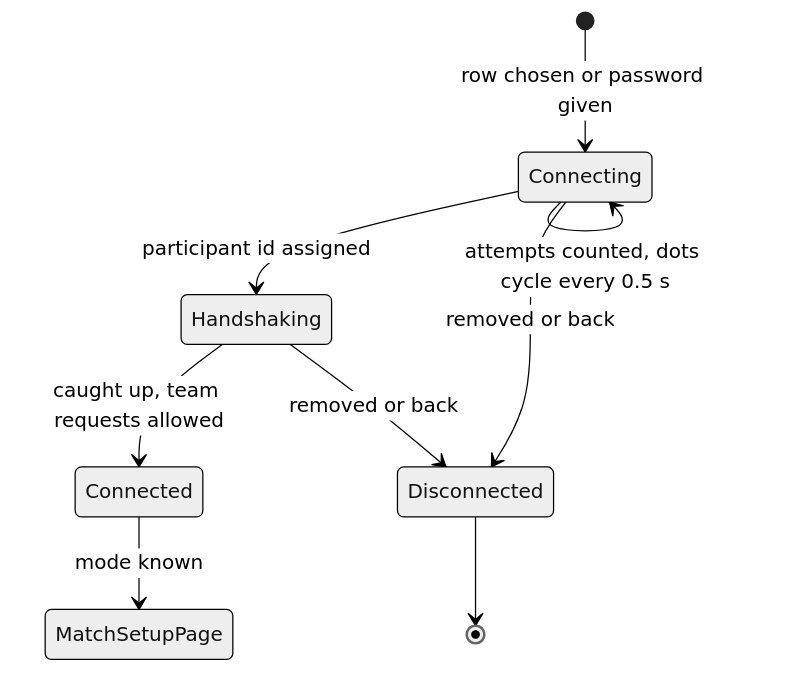
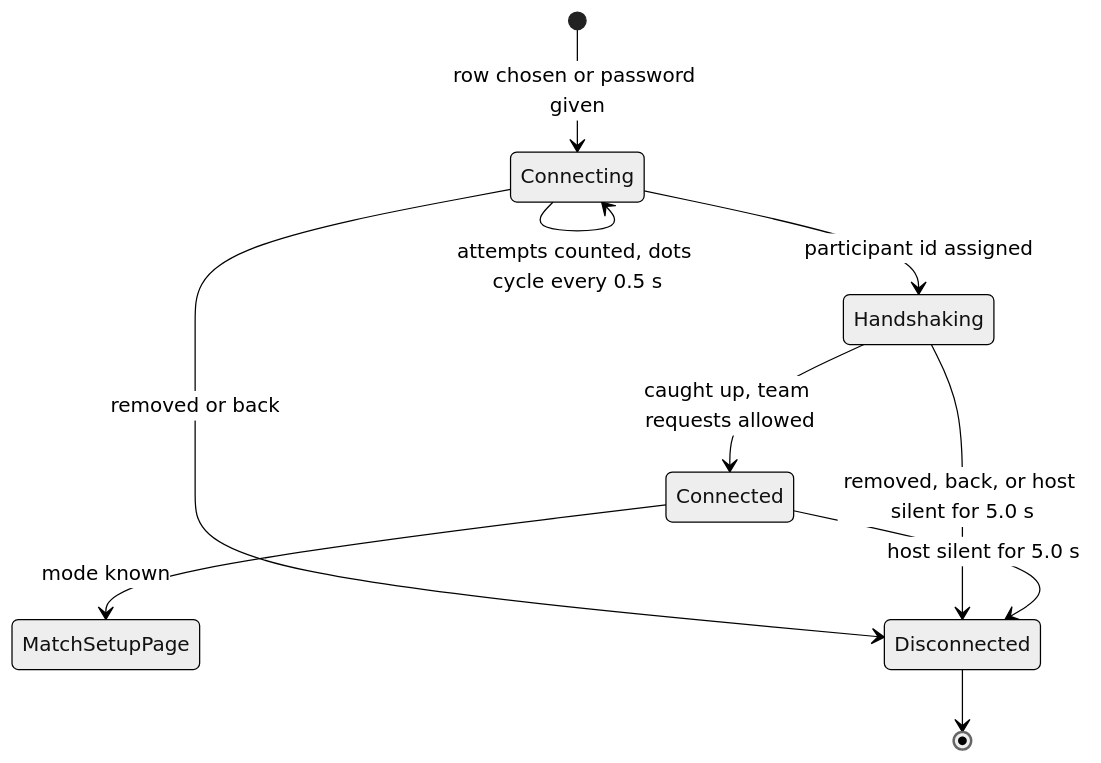
The ninth of 9 diagrams in design_next/reference/09_front_end_and_match_flow/screen_flow_and_match_setup.md (Zwaliebaba/Species.AI), drawn with Mermaid (neutral theme) before and after one commit. The commit also changed other lines of this file and 50 other files, not shown here.

````diff
--- a/design_next/reference/09_front_end_and_match_flow/screen_flow_and_match_setup.md
+++ b/design_next/reference/09_front_end_and_match_flow/screen_flow_and_match_setup.md
@@ -769,11 +771,12 @@
 ```mermaid
 stateDiagram-v2
     [*] --> Connecting : row chosen or password given
     Connecting --> Connecting : attempts counted, dots cycle every 0.5 s
     Connecting --> Handshaking : participant id assigned
     Handshaking --> Connected : caught up, team requests allowed
     Connected --> MatchSetupPage : mode known
     Connecting --> Disconnected : removed or back
-    Handshaking --> Disconnected : removed or back
+    Handshaking --> Disconnected : removed, back, or host silent for 5.0 s
+    Connected --> Disconnected : host silent for 5.0 s
     Disconnected --> [*]
 ```
````
